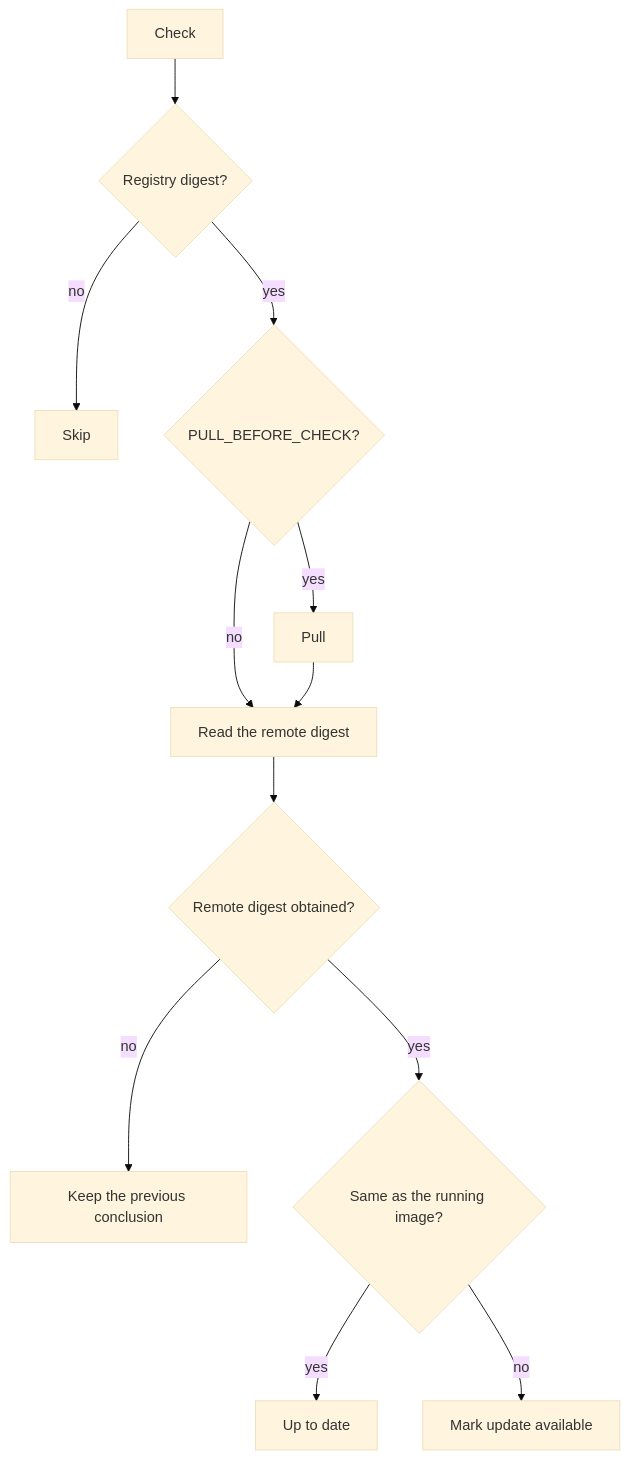
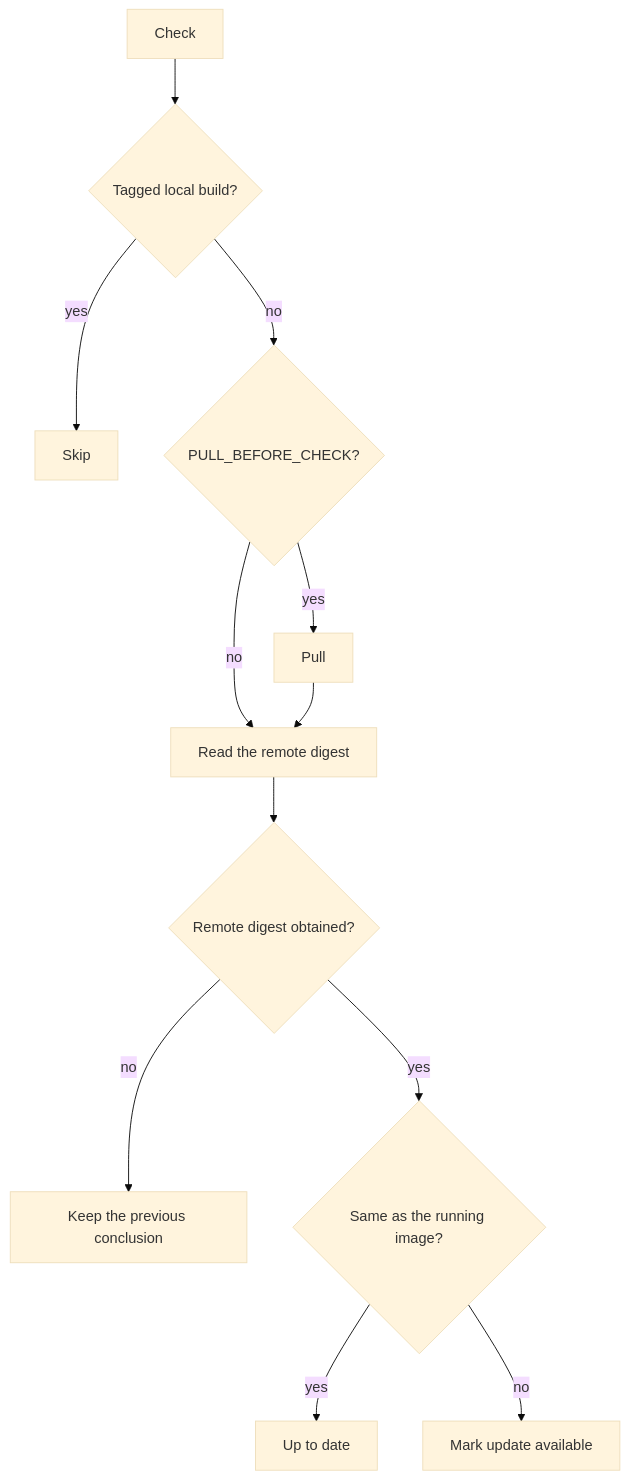
Before and after one commit to Quenary/tugtainer: the first of 2 diagrams in docs/CHECK_AND_UPDATE.md, drawn with Mermaid (base theme). The commit also changed other lines of this file and 6 other files, not shown here.

First line of the commit message:
fix(check): skip registry queries for tagged local images

````diff
--- a/docs/CHECK_AND_UPDATE.md
+++ b/docs/CHECK_AND_UPDATE.md
@@ -7,14 +7,14 @@
 ```mermaid
 flowchart TD
-  Start[Check] --> Local{Registry digest?}
-  Local -- no --> Skip[Skip]
-  Local -- yes --> Pull{PULL_BEFORE_CHECK?}
+  Start[Check] --> Local{Tagged local build?}
+  Local -- yes --> Skip[Skip]
+  Local -- no --> Pull{PULL_BEFORE_CHECK?}
   Pull -- yes --> DoPull[Pull]
   Pull -- no --> Digest[Read the remote digest]
   DoPull --> Digest
   Digest --> Got{Remote digest obtained?}
   Got -- no --> Keep[Keep the previous conclusion]
   Got -- yes --> Cmp{Same as the running image?}
   Cmp -- yes --> Ok[Up to date]
   Cmp -- no --> Mark[Mark update available]
 ```
````
